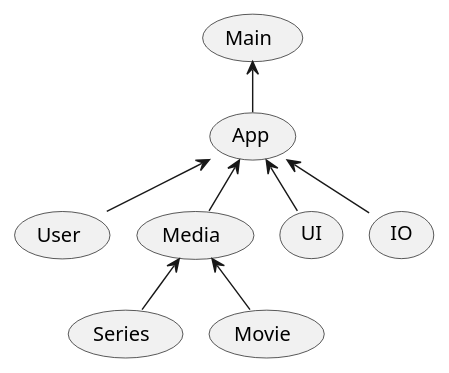
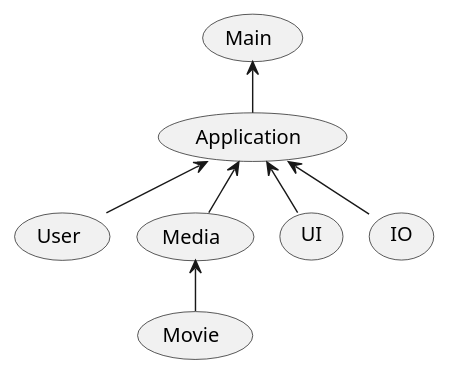
Before and after one commit to badranyoussef/SP3: the diagram in src/Documents/sequenceDiagram.puml, drawn with PlantUML. The commit also changed 3 other files, not shown here.

Commit message:
PlantUML

```diff
--- a/src/Documents/sequenceDiagram.puml
+++ b/src/Documents/sequenceDiagram.puml
@@ -1,13 +1,12 @@
 @startuml
 'https://plantuml.com/sequence-diagram
 !pragma layout smetana
 
-(Main) <-- (App)
-(App) <-- (User)
-(App) <-- (Media)
-(App) <-- (UI)
-(App) <-- (IO)
-(Media) <-- (Series)
+(Main) <-- (Application)
+(Application) <-- (User)
+(Application) <-- (Media)
+(Application) <-- (UI)
+(Application) <-- (IO)
 (Media) <-- (Movie)
 
 @enduml
```
